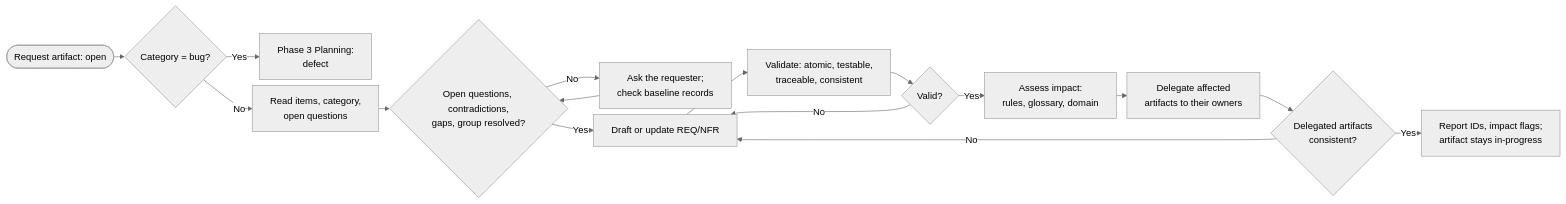
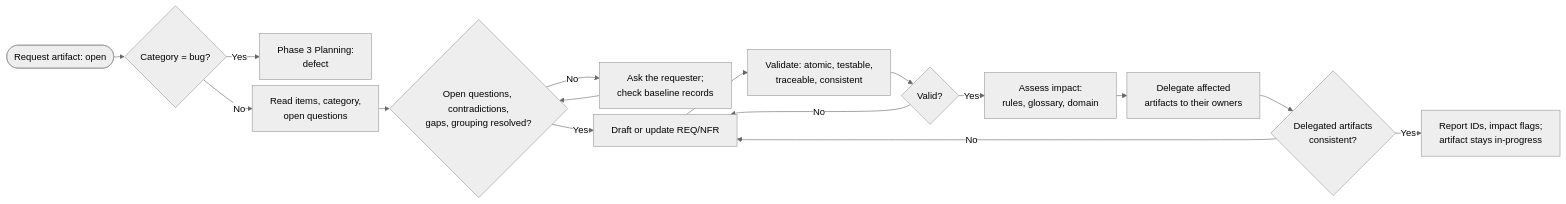
The diagram in workflows/orchestrator/2-Requirements.md (lyndametref/opencode-dev-workflow), drawn with Mermaid (neutral theme) before and after one commit. The commit also changed other lines of this file and 9 other files, not shown here.

````diff
--- a/workflows/orchestrator/2-Requirements.md
+++ b/workflows/orchestrator/2-Requirements.md
@@ -32,19 +32,19 @@
 ```mermaid
 %%{init: {"flowchart": {"nodeSpacing": 10, "rankSpacing": 18}}}%%
 flowchart LR
     ART([Request artifact: open]) --> CAT{"Category = bug?"}
     CAT -->|"Yes"| P3["Phase 3 Planning:<br/>defect"]
     CAT -->|"No"| READ["Read items, category,<br/>open questions"]
-    READ --> CHECK{"Open questions, contradictions,<br/>gaps, group resolved?"}
+    READ --> CHECK{"Open questions, contradictions,<br/>gaps, grouping resolved?"}
     CHECK -->|"No"| ASK["Ask the requester;<br/>check baseline records"]
     ASK --> CHECK
     CHECK -->|"Yes"| DRAFT["Draft or update REQ/NFR"]
     DRAFT --> VALIDATE["Validate: atomic, testable,<br/>traceable, consistent"]
     VALIDATE --> VOK{"Valid?"}
     VOK -->|"No"| DRAFT
     VOK -->|"Yes"| IMPACT["Assess impact:<br/>rules, glossary, domain"]
     IMPACT --> DELEG["Delegate affected<br/>artifacts to their owners"]
     DELEG --> CONSIST{"Delegated artifacts<br/>consistent?"}
     CONSIST -->|"No"| DRAFT
     CONSIST -->|"Yes"| OUT["Report IDs, impact flags;<br/>artifact stays in-progress"]
 ```
````
